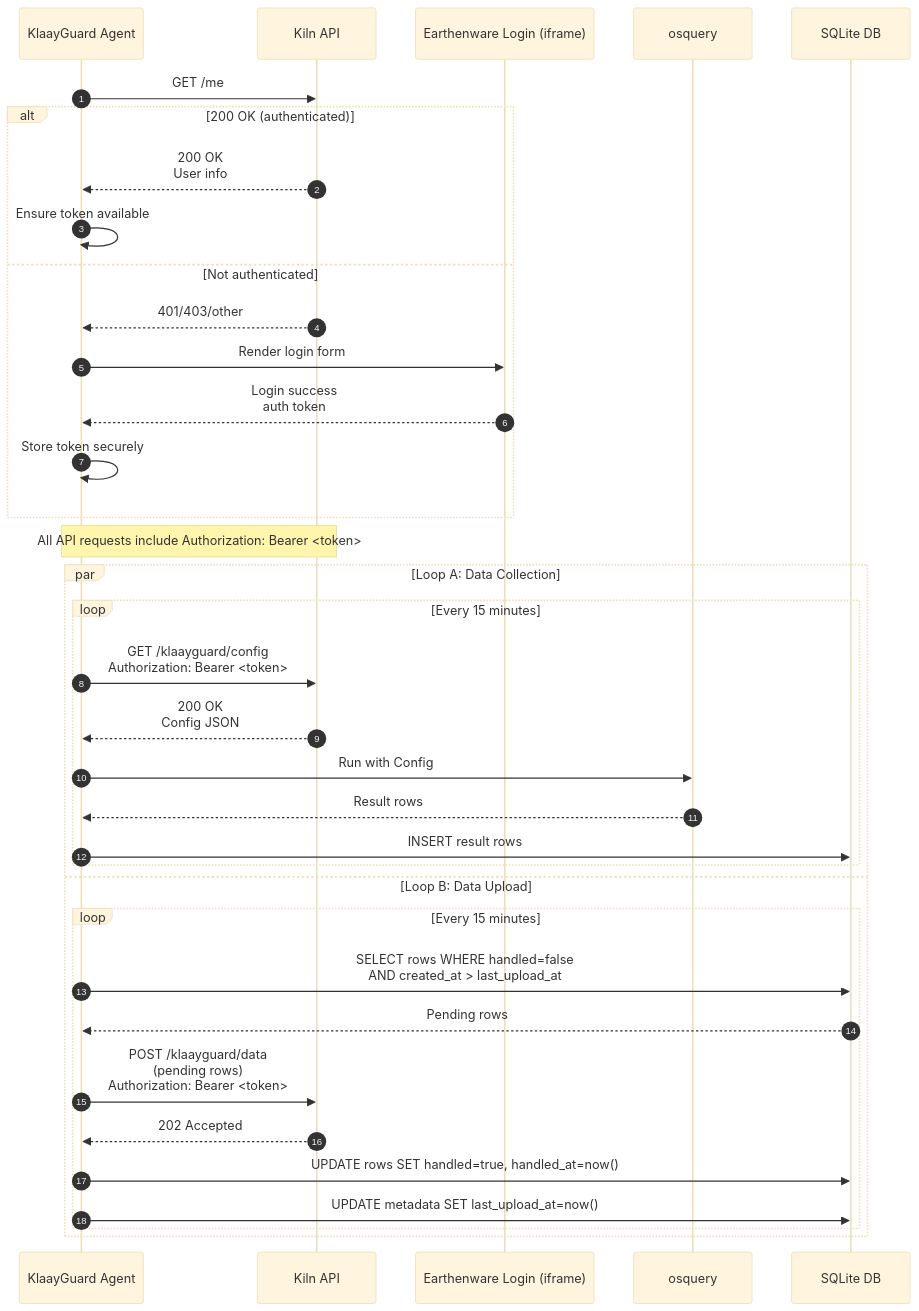
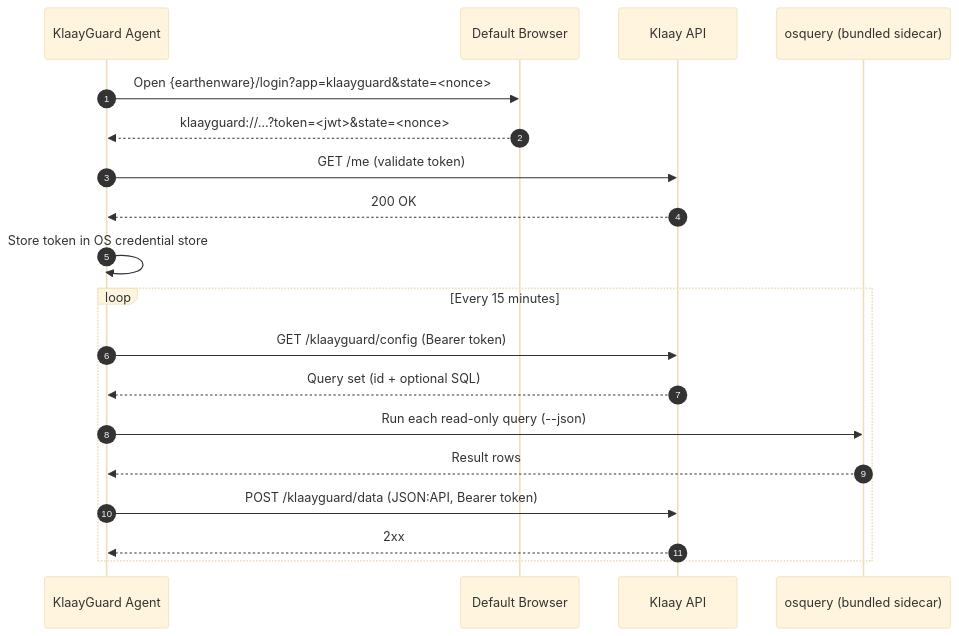
One commit to klaayinc/klaayguard changed the diagram in README.md. Above: the diagram before and after it, drawn with Mermaid (base theme). The commit also changed other lines of this file and 5 other files, not shown here.

````diff
--- a/README.md
+++ b/README.md
@@ -19,42 +19,25 @@
 ```mermaid
 sequenceDiagram
     autonumber
     participant Agent as KlaayGuard Agent
-    participant API as Kiln API
-    participant Iframe as Earthenware Login (iframe)
-    participant Osquery as osquery
-    participant SQLite as SQLite DB
+    participant Browser as Default Browser
+    participant API as Klaay API
+    participant Osquery as osquery (bundled sidecar)
 
-    %% Startup authentication check
-    Agent->>API: GET /me
-    alt 200 OK (authenticated)
-        API-->>Agent: 200 OK<br/>User info
-        Agent->>Agent: Ensure token available
-    else Not authenticated
-        API-->>Agent: 401/403/other
-        Agent->>Iframe: Render login form
-        Iframe-->>Agent: Login success<br/>auth token
-        Agent->>Agent: Store token securely
-    end
+    %% Sign-in (first launch or after 401/403)
+    Agent->>Browser: Open {earthenware}/login?app=klaayguard&state=<nonce>
+    Browser-->>Agent: klaayguard://…?token=<jwt>&state=<nonce>
+    Agent->>API: GET /me (validate token)
+    API-->>Agent: 200 OK
+    Agent->>Agent: Store token in OS credential store
 
-    Note over Agent,API: All API requests include Authorization: Bearer <token>
-
-    par Loop A: Data Collection
-        loop Every 15 minutes
-            Agent->>API: GET /klaayguard/config<br/>Authorization: Bearer <token>
-            API-->>Agent: 200 OK<br/>Config JSON
-            Agent->>Osquery: Run with Config
-            Osquery-->>Agent: Result rows
-            Agent->>SQLite: INSERT result rows
-        end
-    and Loop B: Data Upload
-        loop Every 15 minutes
-            Agent->>SQLite: SELECT rows WHERE handled=false<br/>AND created_at > last_upload_at
-            SQLite-->>Agent: Pending rows
-            Agent->>API: POST /klaayguard/data<br/>(pending rows)<br/>Authorization: Bearer <token>
-            API-->>Agent: 202 Accepted
-            Agent->>SQLite: UPDATE rows SET handled=true, handled_at=now()
-            Agent->>SQLite: UPDATE metadata SET last_upload_at=now()
-        end
+    %% Collection loop
+    loop Every 15 minutes
+        Agent->>API: GET /klaayguard/config (Bearer token)
+        API-->>Agent: Query set (id + optional SQL)
+        Agent->>Osquery: Run each read-only query (--json)
+        Osquery-->>Agent: Result rows
+        Agent->>API: POST /klaayguard/data (JSON:API, Bearer token)
+        API-->>Agent: 2xx
     end
 ```
````
